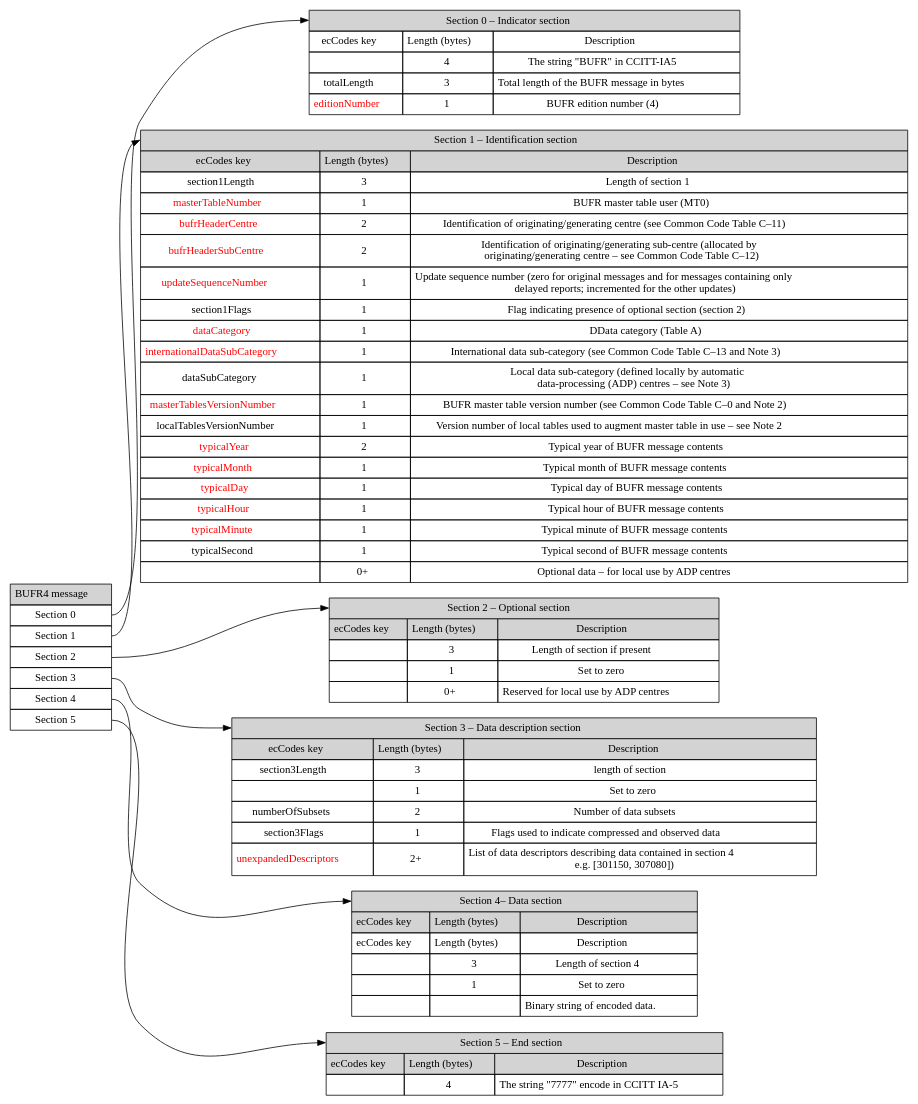
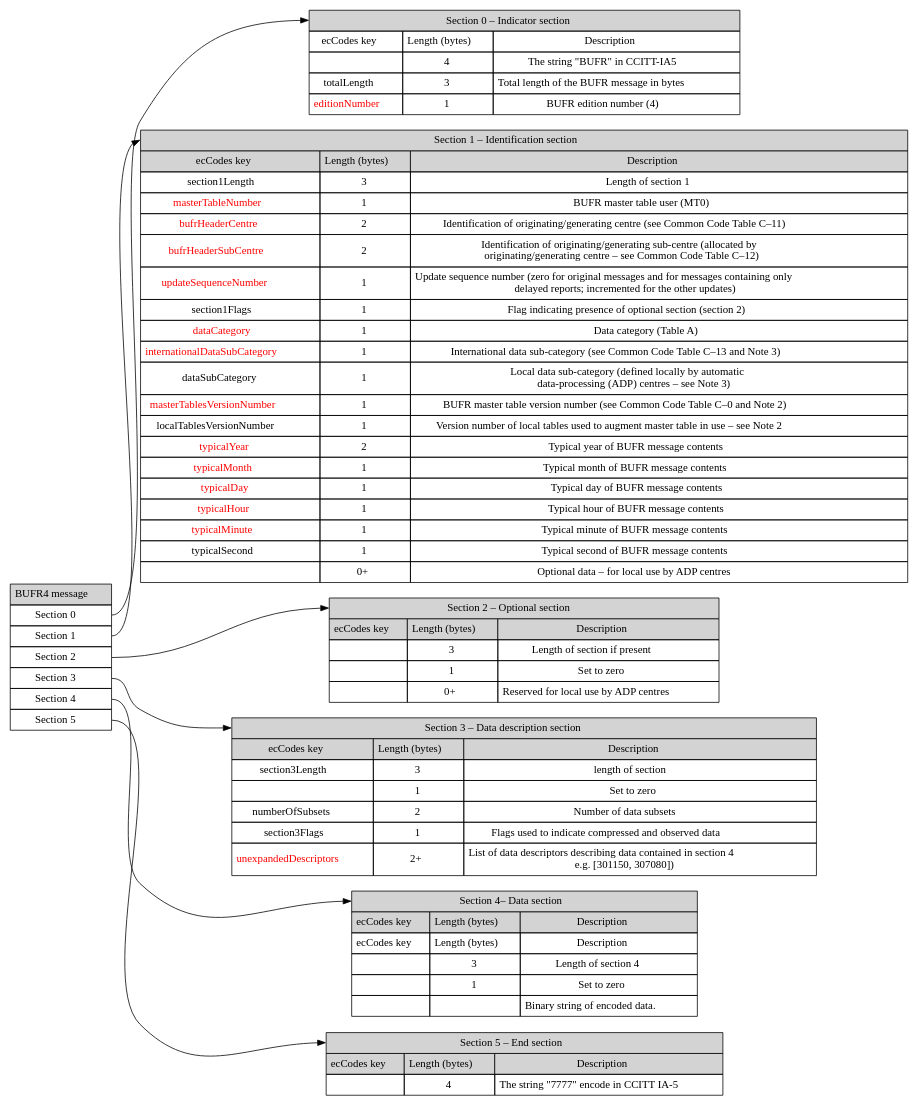
One commit to wmo-im/csv2bufr changed the diagram in docs/source/resources/bufr4_highlighted.dot. Above: the diagram before and after it, drawn with Graphviz. The commit also changed 3 other files, not shown here.

```diff
--- a/docs/source/resources/bufr4_highlighted.dot
+++ b/docs/source/resources/bufr4_highlighted.dot
@@ -1,87 +1,87 @@
 digraph bufr4 {
   rankdir=LR
   node [margin="0.01" shape=plaintext nodesep=2]
   fontname="Arial"
   bufr4 [label=<<TABLE BORDER="0" CELLBORDER="1" CELLSPACING="0" CELLPADDING="5" COLOR="BLACK">
 							<TR><TD PORT="head" COLSPAN="1" ALIGN="center" BGCOLOR="lightgray">BUFR4 message</TD></TR>
 							<TR><TD PORT="s0">Section 0</TD></TR>
 							<TR><TD PORT="s1">Section 1</TD></TR>
 							<TR><TD PORT="s2">Section 2</TD></TR>
 							<TR><TD PORT="s3">Section 3</TD></TR>
 							<TR><TD PORT="s4">Section 4</TD></TR>
 							<TR><TD PORT="s5">Section 5</TD></TR>
 						 </TABLE>>]
 
 section0 [label=<<TABLE BORDER="0" CELLBORDER="1" CELLSPACING="0" CELLPADDING="5" COLOR="BLACK">
 			<TR><TD PORT="head" COLSPAN="3" ALIGN="center" BGCOLOR="lightgray">Section 0 – Indicator section</TD></TR>
 			<TR><TD>ecCodes key</TD><TD>Length (bytes)</TD><TD>Description</TD></TR>
 			<TR><TD></TD><TD>4</TD><TD>The string "BUFR" in CCITT-IA5</TD></TR>
 			<TR><TD>totalLength</TD><TD>3</TD><TD>Total length of the BUFR message in bytes</TD></TR>
 			<TR><TD><FONT COLOR="red">editionNumber</FONT></TD><TD>1</TD><TD>BUFR edition number (4)</TD></TR>
 		</TABLE>>]
 
 section1  [label=<<TABLE BORDER="0" CELLBORDER="1" CELLSPACING="0" CELLPADDING="5" COLOR="BLACK">
 			<TR><TD PORT="head" COLSPAN="3" ALIGN="center" BGCOLOR="lightgray">Section 1 – Identification section</TD></TR>
 			<TR><TD BGCOLOR="lightgray">ecCodes key</TD><TD BGCOLOR="lightgray">Length (bytes)</TD><TD BGCOLOR="lightgray">Description</TD></TR>
 			<TR><TD>section1Length</TD><TD>3</TD><TD>Length of section 1</TD></TR>
 			<TR><TD><FONT COLOR="red">masterTableNumber</FONT></TD><TD>1</TD><TD>BUFR master table user (MT0)</TD></TR>
 			<TR><TD><FONT COLOR="red">bufrHeaderCentre</FONT></TD><TD>2</TD><TD>Identification of originating/generating centre (see Common Code Table C–11)</TD></TR>
 			<TR><TD><FONT COLOR="red">bufrHeaderSubCentre</FONT></TD><TD>2</TD><TD>Identification of originating/generating sub-centre (allocated by <BR/> originating/generating centre – see Common Code Table C–12)</TD></TR>
 			<TR><TD><FONT COLOR="red">updateSequenceNumber</FONT></TD><TD>1</TD><TD>Update sequence number (zero for original messages and for messages containing only <BR/>delayed reports; incremented for the other updates)</TD></TR>
 			<TR><TD>section1Flags</TD><TD>1</TD><TD>Flag indicating presence of optional section (section 2)</TD></TR>
-			<TR><TD><FONT COLOR="red">dataCategory</FONT></TD><TD>1</TD><TD>DData category (Table A)</TD></TR>
+			<TR><TD><FONT COLOR="red">dataCategory</FONT></TD><TD>1</TD><TD>Data category (Table A)</TD></TR>
 			<TR><TD><FONT COLOR="red">internationalDataSubCategory</FONT></TD><TD>1</TD><TD>International data sub-category (see Common Code Table C–13 and Note 3)</TD></TR>
 			<TR><TD>dataSubCategory</TD><TD>1</TD><TD>Local data sub-category (defined locally by automatic <BR/>data-processing (ADP) centres – see Note 3)</TD></TR>
 			<TR><TD><FONT COLOR="red">masterTablesVersionNumber</FONT></TD><TD>1</TD><TD>BUFR master table version number (see Common Code Table C–0 and Note 2)</TD></TR>
 			<TR><TD>localTablesVersionNumber</TD><TD>1</TD><TD>Version number of local tables used to augment master table in use – see Note 2</TD></TR>
 			<TR><TD><FONT COLOR="red">typicalYear</FONT></TD><TD>2</TD><TD>Typical year of BUFR message contents</TD></TR>
 			<TR><TD><FONT COLOR="red">typicalMonth</FONT></TD><TD>1</TD><TD>Typical month of BUFR message contents</TD></TR>
 			<TR><TD><FONT COLOR="red">typicalDay</FONT></TD><TD>1</TD><TD>Typical day of BUFR message contents</TD></TR>
 			<TR><TD><FONT COLOR="red">typicalHour</FONT></TD><TD>1</TD><TD>Typical hour of BUFR message contents</TD></TR>
 			<TR><TD><FONT COLOR="red">typicalMinute</FONT></TD><TD>1</TD><TD>Typical minute of BUFR message contents</TD></TR>
 			<TR><TD>typicalSecond</TD><TD>1</TD><TD>Typical second of BUFR message contents</TD></TR>
 			<TR><TD></TD><TD>0+</TD><TD>Optional data – for local use by ADP centres</TD></TR>
 		</TABLE>>]
 
 
 section2  [label=<<TABLE BORDER="0" CELLBORDER="1" CELLSPACING="0" CELLPADDING="5" COLOR="BLACK">
 			<TR><TD PORT="head" COLSPAN="3" ALIGN="center" BGCOLOR="lightgray">Section 2 – Optional section</TD></TR>
 			<TR><TD BGCOLOR="lightgray">ecCodes key</TD><TD BGCOLOR="lightgray">Length (bytes)</TD><TD BGCOLOR="lightgray">Description</TD></TR>
 			<TR><TD></TD><TD>3</TD><TD>Length of section if present</TD></TR>
 			<TR><TD></TD><TD>1</TD><TD>Set to zero</TD></TR>
 			<TR><TD></TD><TD>0+</TD><TD>Reserved for local use by ADP centres</TD></TR>
 		</TABLE>>]
 
 
 section3  [label=<<TABLE BORDER="0" CELLBORDER="1" CELLSPACING="0" CELLPADDING="5" COLOR="BLACK">
 			<TR><TD PORT="head" COLSPAN="3" ALIGN="center" BGCOLOR="lightgray">Section 3 – Data description section</TD></TR>
 			<TR><TD BGCOLOR="lightgray">ecCodes key</TD><TD BGCOLOR="lightgray">Length (bytes)</TD><TD BGCOLOR="lightgray">Description</TD></TR>
 			<TR><TD>section3Length</TD><TD>3</TD><TD>length of section</TD></TR>
 			<TR><TD></TD><TD>1</TD><TD>Set to zero</TD></TR>
 			<TR><TD>numberOfSubsets</TD><TD>2</TD><TD>Number of data subsets</TD></TR>
 			<TR><TD>section3Flags</TD><TD>1</TD><TD>Flags used to indicate compressed and observed data</TD></TR>
 			<TR><TD><FONT COLOR="red">unexpandedDescriptors</FONT></TD><TD>2+</TD><TD>List of data descriptors describing data contained in section 4<BR/> e.g. [301150, 307080])</TD></TR>
 		</TABLE>>]
 
 section4  [label=<<TABLE BORDER="0" CELLBORDER="1" CELLSPACING="0" CELLPADDING="5" COLOR="BLACK">
 			<TR><TD PORT="head" COLSPAN="3" ALIGN="center" BGCOLOR="lightgray">Section 4– Data section</TD></TR>
 			<TR><TD BGCOLOR="lightgray">ecCodes key</TD><TD BGCOLOR="lightgray">Length (bytes)</TD><TD BGCOLOR="lightgray">Description</TD></TR>
 			<TR><TD>ecCodes key</TD><TD>Length (bytes)</TD><TD>Description</TD></TR>
 			<TR><TD></TD><TD>3</TD><TD>Length of section 4</TD></TR>
 			<TR><TD></TD><TD>1</TD><TD>Set to zero</TD></TR>
 			<TR><TD></TD><TD></TD><TD>Binary string of encoded data.</TD></TR>
 		</TABLE>>]
 
 section5  [label=<<TABLE BORDER="0" CELLBORDER="1" CELLSPACING="0" CELLPADDING="5" COLOR="BLACK">
 			<TR><TD PORT="head" COLSPAN="3" ALIGN="center" BGCOLOR="lightgray">Section 5 – End section</TD></TR>
 			<TR><TD BGCOLOR="lightgray">ecCodes key</TD><TD BGCOLOR="lightgray">Length (bytes)</TD><TD BGCOLOR="lightgray">Description</TD></TR>
 			<TR><TD></TD><TD>4</TD><TD>The string "7777" encode in CCITT IA-5</TD></TR>
 		</TABLE>>]
 
 bufr4:s0 -> section0:head
 bufr4:s1 -> section1:head
 bufr4:s2 -> section2:head
 bufr4:s3 -> section3:head
 bufr4:s4 -> section4:head
 bufr4:s5 -> section5:head
 }
```
